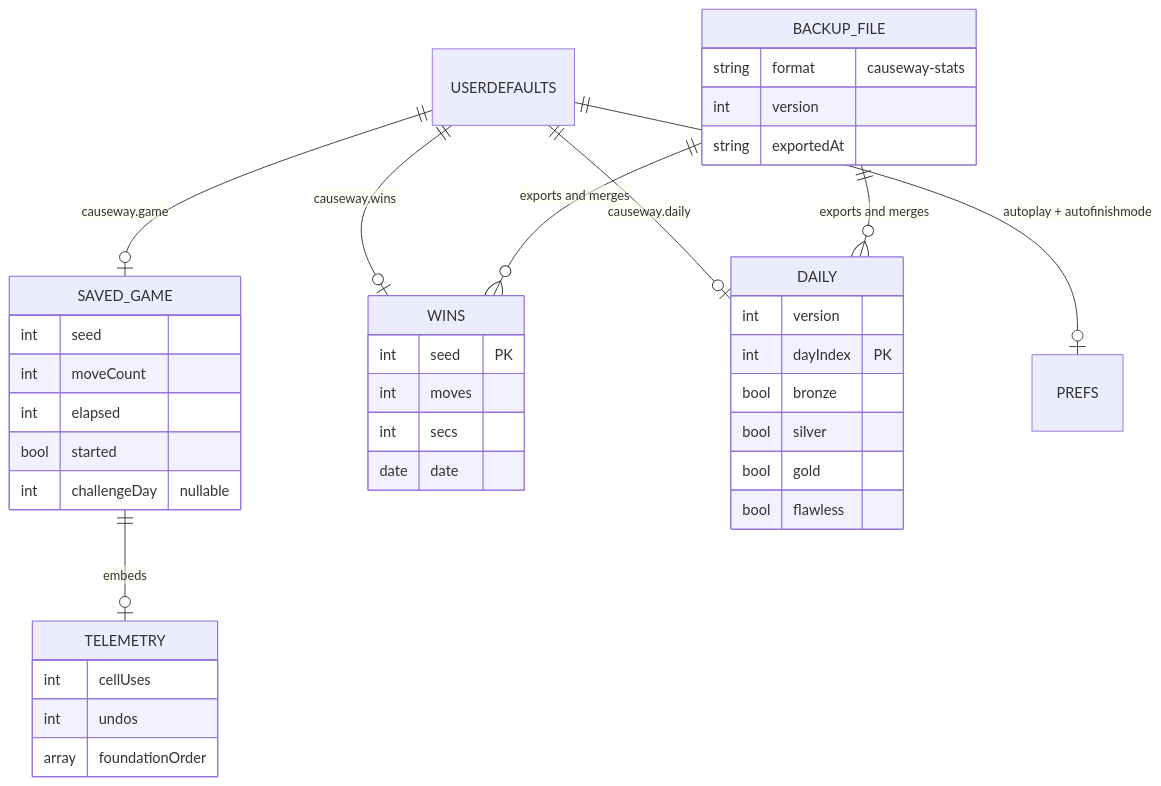
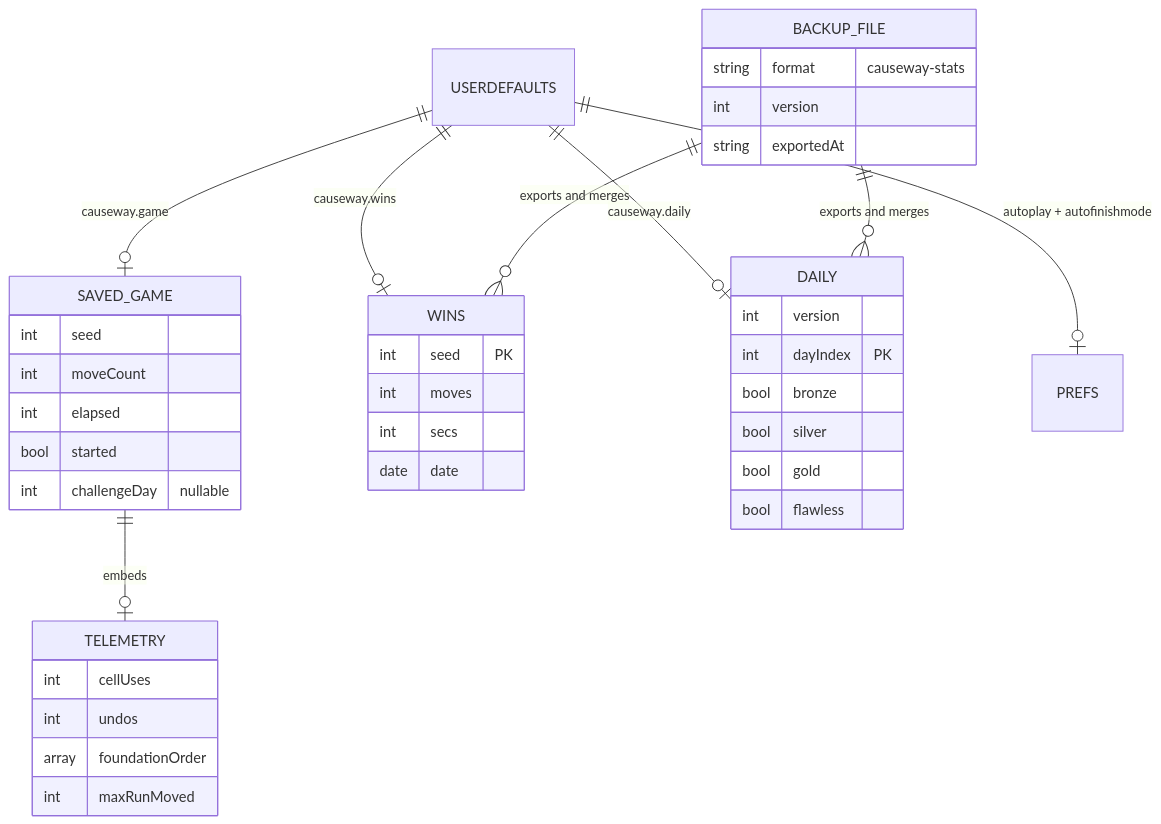
The eighth of 8 diagrams in docs/architecture/app.md (peterlit/cardgame), drawn with Mermaid before and after one commit. The commit also changed 5 other files, not shown here.

First line of the commit message:
docs: record the six shipped objectives; fix architecture drift

````diff
--- a/docs/architecture/app.md
+++ b/docs/architecture/app.md
@@ -411,42 +411,43 @@
 ```mermaid
 erDiagram
     USERDEFAULTS ||--o| SAVED_GAME : "causeway.game"
     USERDEFAULTS ||--o| WINS : "causeway.wins"
     USERDEFAULTS ||--o| DAILY : "causeway.daily"
     USERDEFAULTS ||--o| PREFS : "autoplay + autofinishmode"
     SAVED_GAME ||--o| TELEMETRY : embeds
     BACKUP_FILE ||--o{ WINS : "exports and merges"
     BACKUP_FILE ||--o{ DAILY : "exports and merges"
 
     SAVED_GAME {
         int seed
         int moveCount
         int elapsed
         bool started
         int challengeDay "nullable"
     }
     TELEMETRY {
         int cellUses
         int undos
         array foundationOrder
+        int maxRunMoved
     }
     WINS {
         int seed PK
         int moves
         int secs
         date date
     }
     DAILY {
         int version
         int dayIndex PK
         bool bronze
         bool silver
         bool gold
         bool flawless
     }
     BACKUP_FILE {
         string format "causeway-stats"
         int version
         string exportedAt
     }
 ```
````
